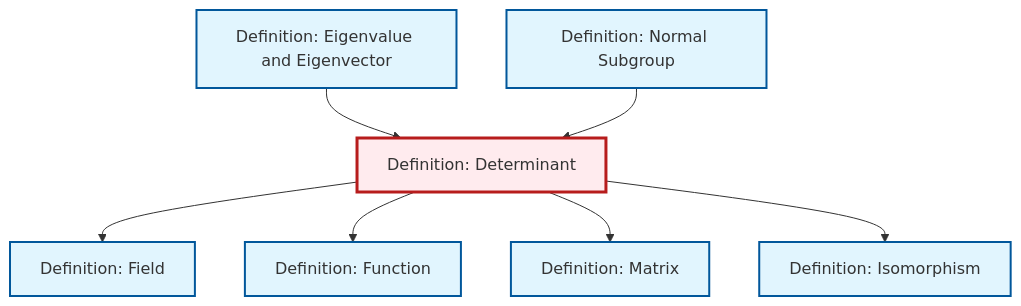
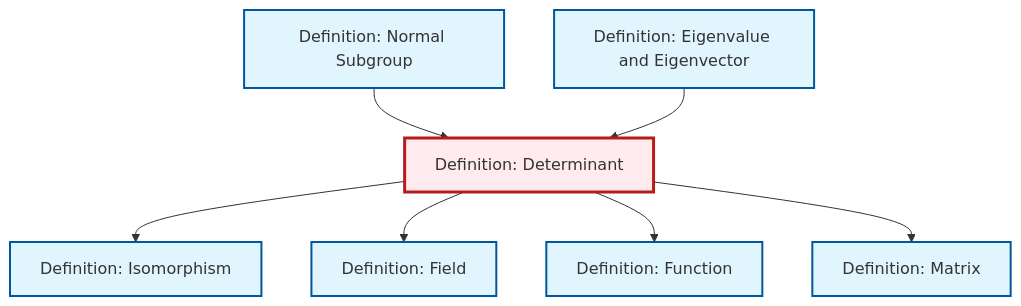
The diagram in content/en/algebra/def-determinant.qmd (RK0429/ModernMath), drawn with Mermaid before and after one commit. The commit also changed other lines of this file and 672 other files, not shown here.

````diff
--- a/content/en/algebra/def-determinant.qmd
+++ b/content/en/algebra/def-determinant.qmd
@@ -81,29 +81,29 @@
 ```{mermaid}
 %%| fig-cap: "Local dependency graph"
 graph TD
     classDef definition fill:#e1f5fe,stroke:#01579b,stroke-width:2px
     classDef theorem fill:#f3e5f5,stroke:#4a148c,stroke-width:2px
     classDef axiom fill:#fff3e0,stroke:#e65100,stroke-width:2px
     classDef example fill:#e8f5e9,stroke:#1b5e20,stroke-width:2px
     classDef current fill:#ffebee,stroke:#b71c1c,stroke-width:3px
+    def-normal-subgroup["Definition: Normal Subgroup"]:::definition
+    def-determinant["Definition: Determinant"]:::definition
+    def-eigenvalue-eigenvector["Definition: Eigenvalue and Eigenvector"]:::definition
+    def-isomorphism["Definition: Isomorphism"]:::definition
+    def-function["Definition: Function"]:::definition
+    def-matrix["Definition: Matrix"]:::definition
     def-field["Definition: Field"]:::definition
-    def-isomorphism["Definition: Isomorphism"]:::definition
-    def-eigenvalue-eigenvector["Definition: Eigenvalue and Eigenvector"]:::definition
-    def-matrix["Definition: Matrix"]:::definition
-    def-normal-subgroup["Definition: Normal Subgroup"]:::definition
-    def-function["Definition: Function"]:::definition
-    def-determinant["Definition: Determinant"]:::definition
-    def-eigenvalue-eigenvector --> def-determinant
+    def-normal-subgroup --> def-determinant
+    def-determinant --> def-isomorphism
     def-determinant --> def-field
     def-determinant --> def-function
-    def-normal-subgroup --> def-determinant
     def-determinant --> def-matrix
-    def-determinant --> def-isomorphism
+    def-eigenvalue-eigenvector --> def-determinant
     class def-determinant current
+    click def-normal-subgroup "def-normal-subgroup.html" "Go to Normal Subgroup definition"
+    click def-eigenvalue-eigenvector "def-eigenvalue-eigenvector.html" "Go to Eigenvalue and Eigenvector definition"
+    click def-isomorphism "def-isomorphism.html" "Go to Isomorphism definition"
+    click def-function "def-function.html" "Go to Function definition"
+    click def-matrix "def-matrix.html" "Go to Matrix definition"
     click def-field "def-field.html" "Go to Field definition"
-    click def-isomorphism "def-isomorphism.html" "Go to Isomorphism definition"
-    click def-eigenvalue-eigenvector "def-eigenvalue-eigenvector.html" "Go to Eigenvalue and Eigenvector definition"
-    click def-matrix "def-matrix.html" "Go to Matrix definition"
-    click def-normal-subgroup "def-normal-subgroup.html" "Go to Normal Subgroup definition"
-    click def-function "def-function.html" "Go to Function definition"
 ```
````
